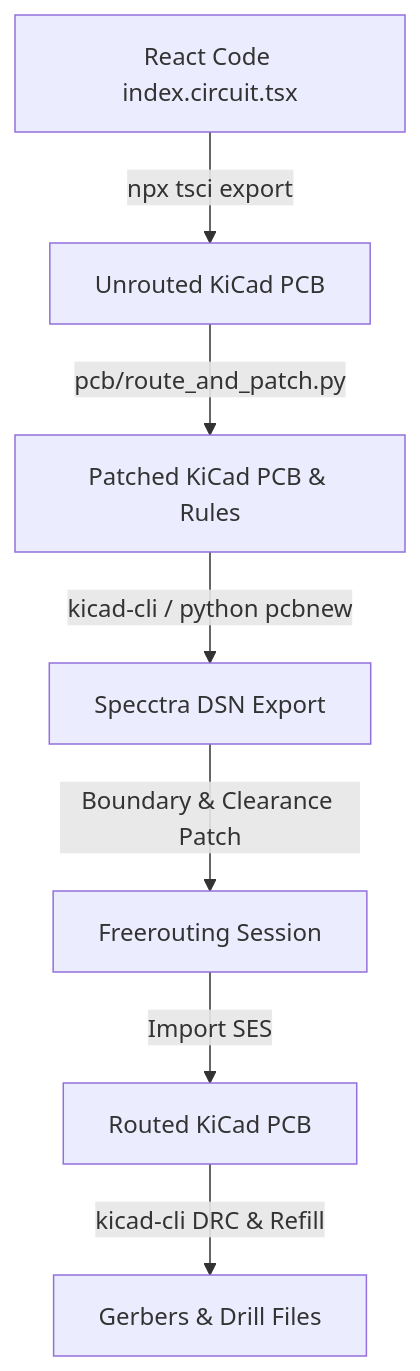
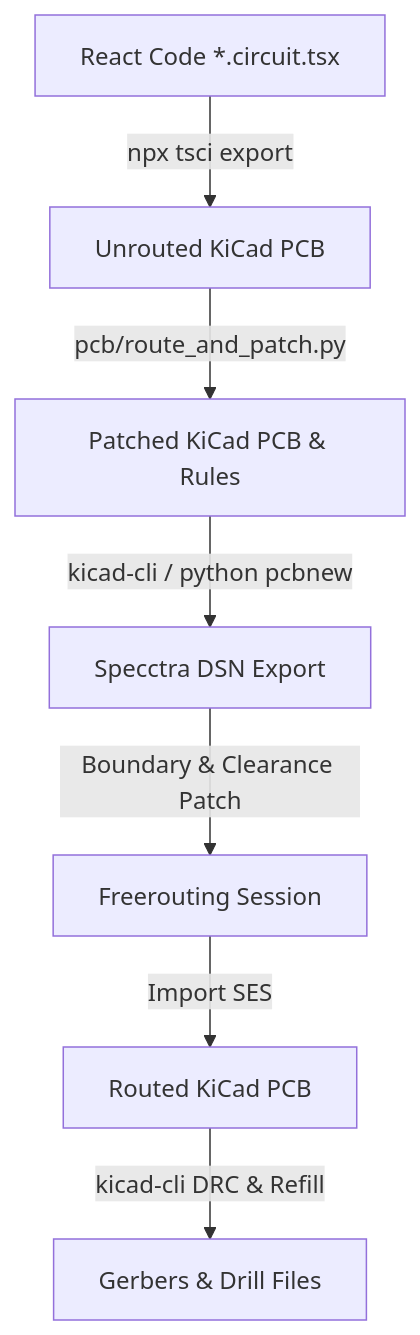
The diagram in docs/PCB.md (jbsohn/lokey-7800-ym), drawn with Mermaid before and after one commit. The commit also changed other lines of this file and 12 other files, not shown here.

````diff
--- a/docs/PCB.md
+++ b/docs/PCB.md
@@ -67,9 +54,9 @@
 ```mermaid
 graph TD
-    A[React Code index.circuit.tsx] -->|npx tsci export| B[Unrouted KiCad PCB]
+    A[React Code *.circuit.tsx] -->|npx tsci export| B[Unrouted KiCad PCB]
     B -->|pcb/route_and_patch.py| C[Patched KiCad PCB & Rules]
     C -->|kicad-cli / python pcbnew| D[Specctra DSN Export]
     D -->|Boundary & Clearance Patch| E[Freerouting Session]
     E -->|Import SES| F[Routed KiCad PCB]
     F -->|kicad-cli DRC & Refill| G[Gerbers & Drill Files]
 ```
````
